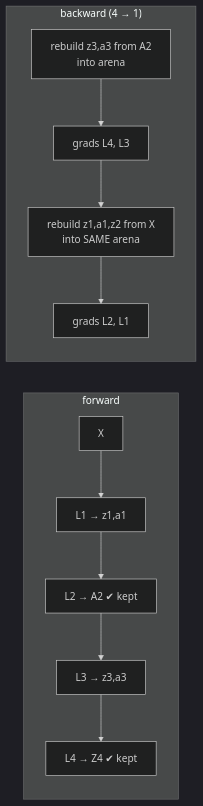
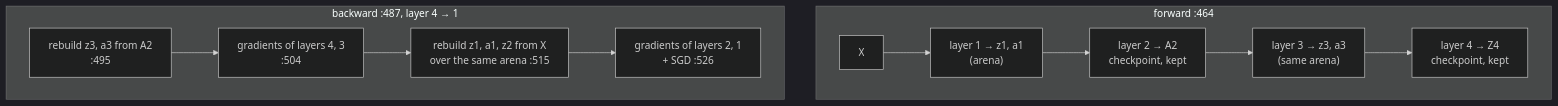
Before and after one commit to jayavardhan-g/projects-vault: the fourth of 5 diagrams in Interview prep/Days/Day 06 - CUDA II.md, drawn with Mermaid (dark theme). The commit also changed other lines of this file and 12 other files, not shown here.

First line of the commit message:
projects: Days 2-14 "Code, explained": full-width top-to-bottom diagrams, a figure per section, and a step-by-step flow per day

````diff
--- a/Interview prep/Days/Day 06 - CUDA II.md
+++ b/Interview prep/Days/Day 06 - CUDA II.md
@@ -251,9 +276,9 @@
 ```mermaid
-flowchart LR
-  subgraph FWD["forward"]
-    X --> L1["L1 → z1,a1"] --> L2["L2 → A2 ✔ kept"] --> L3["L3 → z3,a3"] --> L4["L4 → Z4 ✔ kept"]
+flowchart TB
+  subgraph FWD["forward :464"]
+    X["X"] --> L1["layer 1 → z1, a1<br/>(arena)"] --> L2["layer 2 → A2<br/>checkpoint, kept"] --> L3["layer 3 → z3, a3<br/>(same arena)"] --> L4["layer 4 → Z4<br/>checkpoint, kept"]
   end
-  subgraph BWD["backward (4 → 1)"]
-    RB["rebuild z3,a3 from A2<br/>into arena"] --> G43["grads L4, L3"] --> RA["rebuild z1,a1,z2 from X<br/>into SAME arena"] --> G21["grads L2, L1"]
+  subgraph BWD["backward :487, layer 4 → 1"]
+    RB["rebuild z3, a3 from A2<br/>:495"] --> G43["gradients of layers 4, 3<br/>:504"] --> RA["rebuild z1, a1, z2 from X<br/>over the same arena  :515"] --> G21["gradients of layers 2, 1<br/>+ SGD  :526"]
   end
 ```
````
